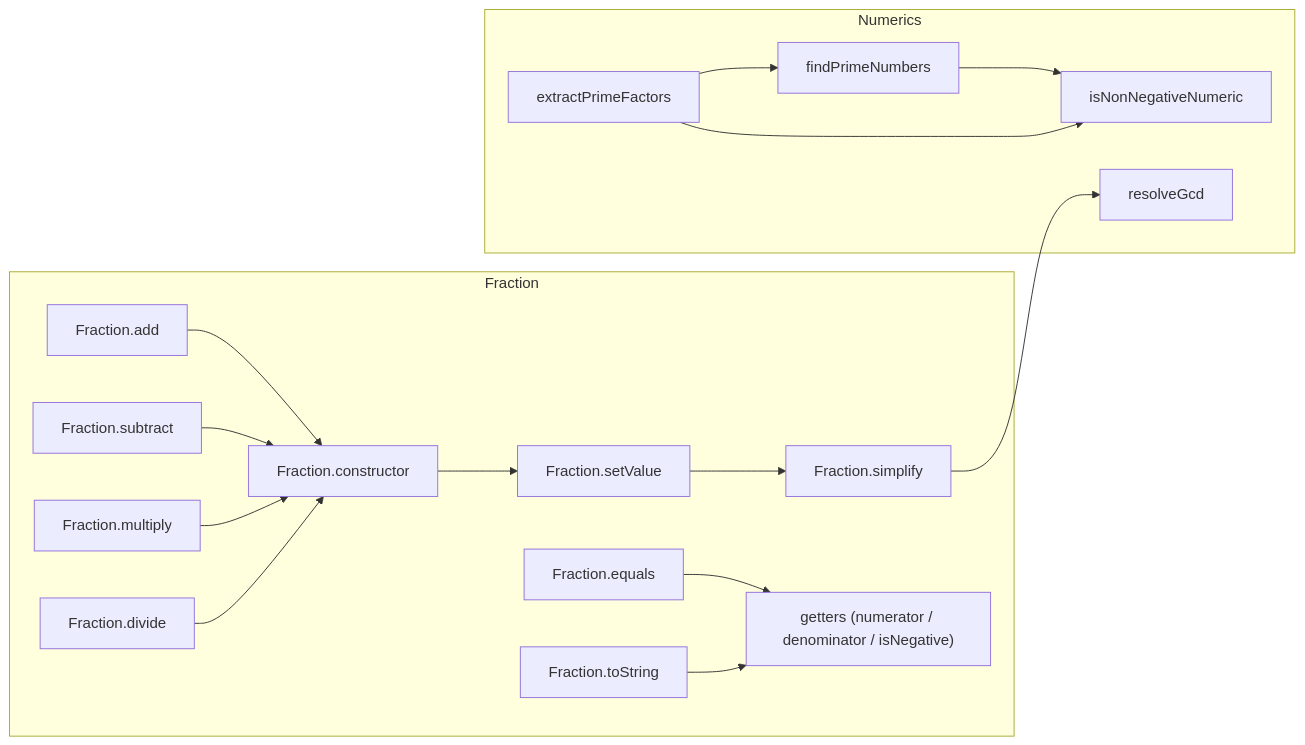
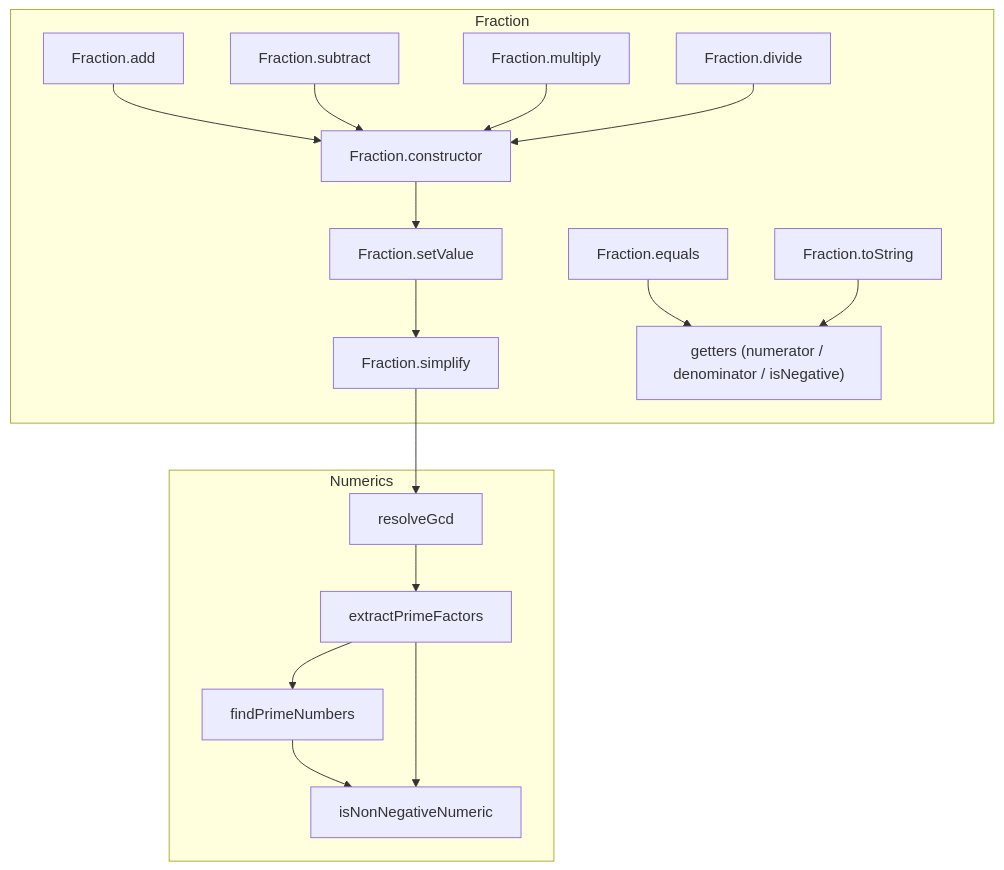
The diagram in docs/api/index.md (kazumatu981/fraction), drawn with Mermaid before and after one commit.

Commit message:
コールグラフを更新

````diff
--- a/docs/api/index.md
+++ b/docs/api/index.md
@@ -24,41 +24,42 @@
 ```mermaid
-graph LR
+graph
   %% Fraction クラス側
   subgraph Fraction
     F_Constructor["Fraction.constructor"]
     F_setValue["Fraction.setValue"]
     F_simplify["Fraction.simplify"]
     F_add["Fraction.add"]
     F_subtract["Fraction.subtract"]
     F_multiply["Fraction.multiply"]
     F_divide["Fraction.divide"]
     F_equals["Fraction.equals"]
     F_toString["Fraction.toString"]
     F_getters["getters (numerator / denominator / isNegative)"]
   end
 
   %% numerics.ts 側
   subgraph Numerics
     N_isNonNegativeNumeric["isNonNegativeNumeric"]
     N_findPrimeNumbers["findPrimeNumbers"]
     N_extractPrimeFactors["extractPrimeFactors"]
     N_resolveGcd["resolveGcd"]
   end
 
   %% 想定される呼び出し関係（JSDoc/関数名から推定）
   F_Constructor --> F_setValue
   F_setValue --> F_simplify
   F_simplify --> N_resolveGcd
 
   F_add --> F_Constructor
   F_subtract --> F_Constructor
   F_multiply --> F_Constructor
   F_divide --> F_Constructor
 
+  N_resolveGcd --> N_extractPrimeFactors
   N_extractPrimeFactors --> N_findPrimeNumbers
   N_findPrimeNumbers --> N_isNonNegativeNumeric
   N_extractPrimeFactors --> N_isNonNegativeNumeric
 
   F_equals --> F_getters
   F_toString --> F_getters
 ```
````
